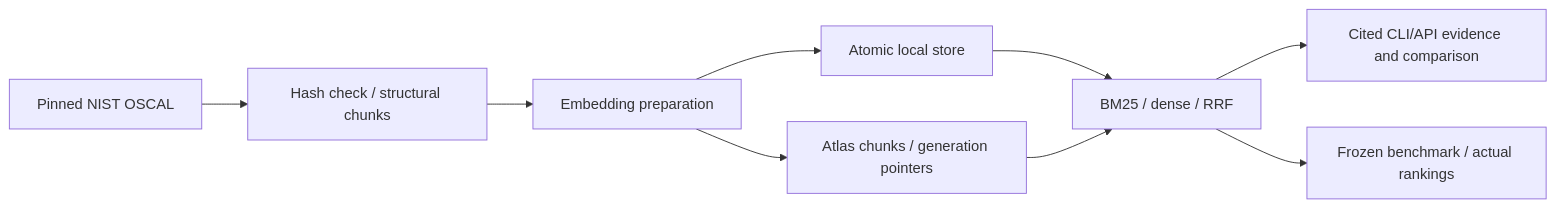
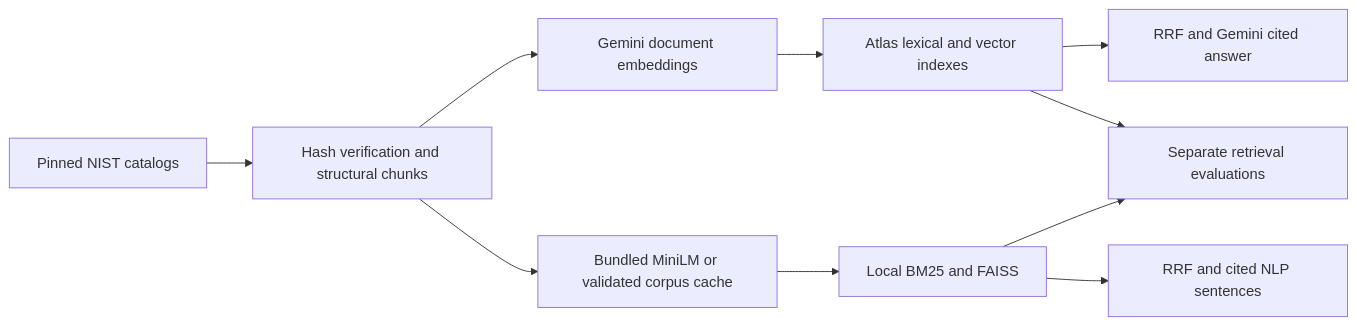
The diagram in docs/README.md (yethu-KL29/blended-rag-retrieval), drawn with Mermaid before and after one commit. The commit also changed other lines of this file and 38 other files, not shown here.

````diff
--- a/docs/README.md
+++ b/docs/README.md
@@ -3,11 +5,12 @@
 ```mermaid
 flowchart LR
-  N[Pinned NIST OSCAL] --> P[Hash check / structural chunks]
-  P --> E[Embedding preparation]
-  E --> L[Atomic local store]
-  E --> A[Atlas chunks / generation pointers]
-  L --> R[BM25 / dense / RRF]
-  A --> R
-  R --> Q[Cited CLI/API evidence and comparison]
-  R --> V[Frozen benchmark / actual rankings]
+  N[Pinned NIST catalogs] --> P[Hash verification and structural chunks]
+  P --> G[Gemini document embeddings]
+  G --> A[Atlas lexical and vector indexes]
+  A --> E[RRF and Gemini cited answer]
+  P --> M[Bundled MiniLM or validated corpus cache]
+  M --> F[Local BM25 and FAISS]
+  F --> L[RRF and cited NLP sentences]
+  A --> V[Separate retrieval evaluations]
+  F --> V
 ```
````
